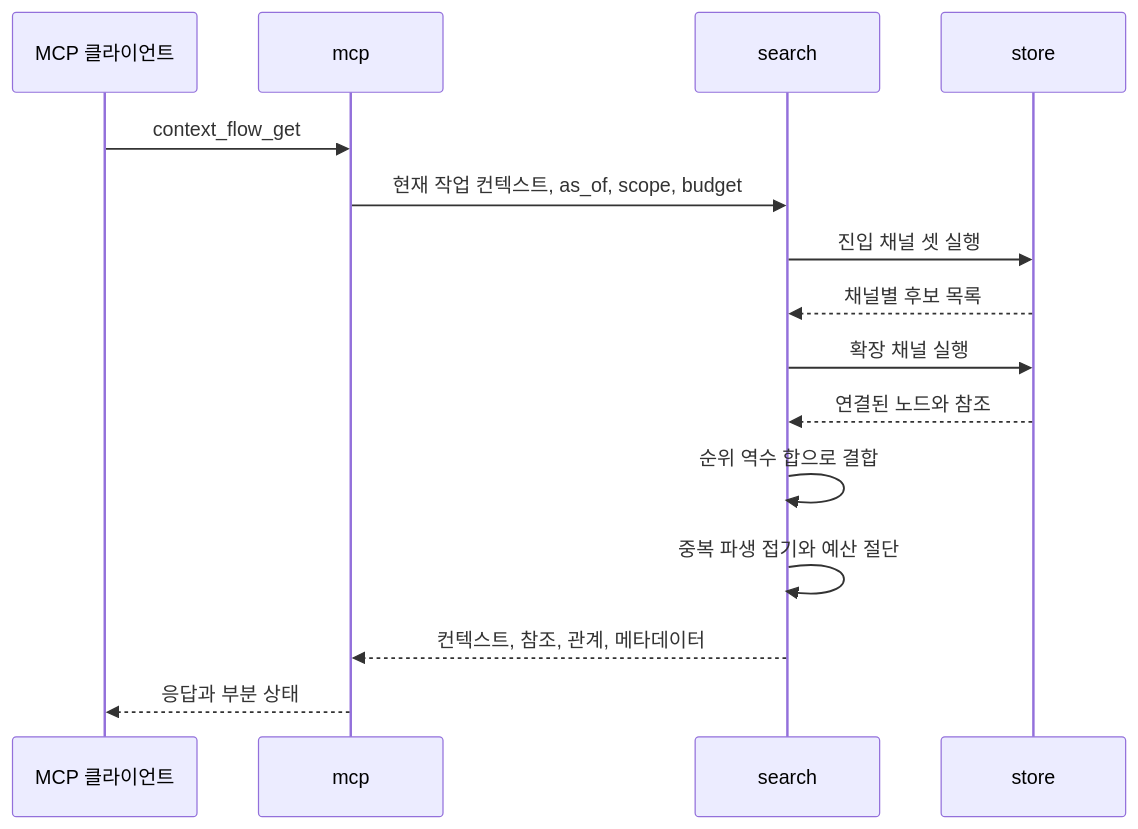
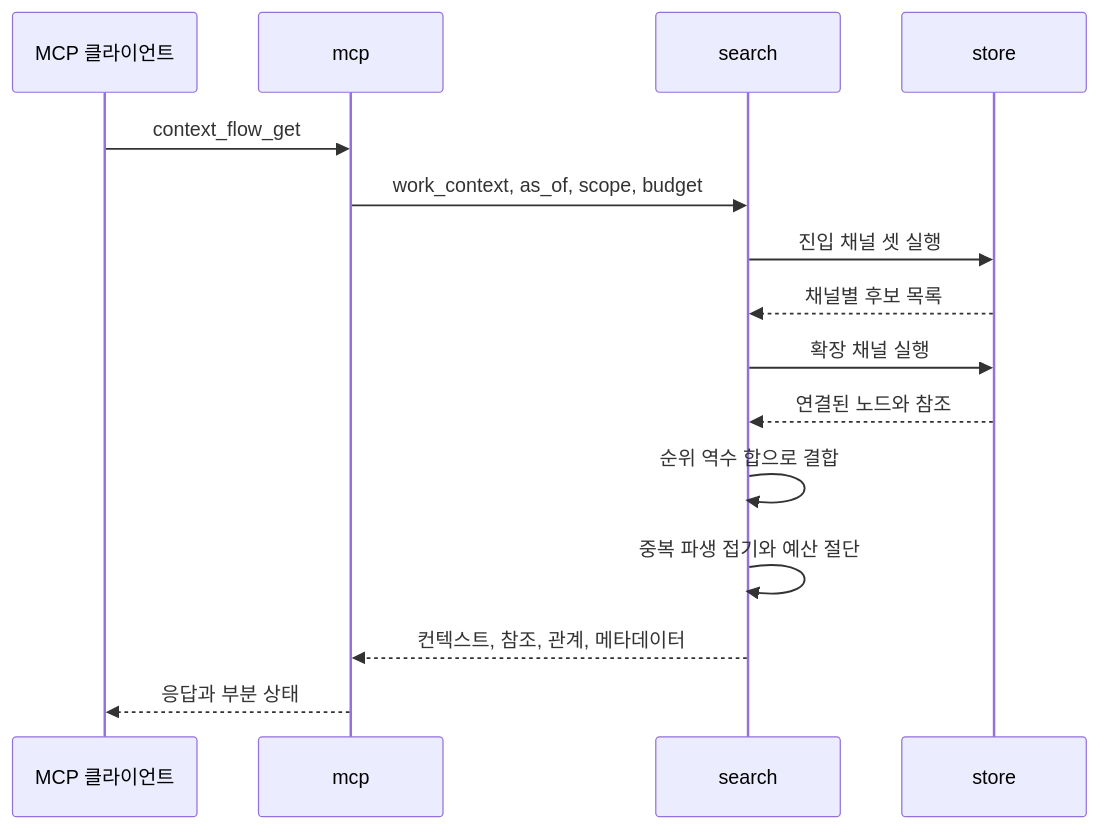
The fifth of 9 diagrams in spec/service/agent-context/SDD.md (Alpha-gone/agent-context-sharing), drawn with Mermaid before and after one commit. The commit also changed other lines of this file and 4 other files, not shown here.

````diff
--- a/spec/service/agent-context/SDD.md
+++ b/spec/service/agent-context/SDD.md
@@ -412,18 +412,18 @@
 ```mermaid
 sequenceDiagram
     participant Client as MCP 클라이언트
     participant Mcp as mcp
     participant Search as search
     participant Store as store
 
     Client->>Mcp: context_flow_get
-    Mcp->>Search: 현재 작업 컨텍스트, as_of, scope, budget
+    Mcp->>Search: work_context, as_of, scope, budget
     Search->>Store: 진입 채널 셋 실행
     Store-->>Search: 채널별 후보 목록
     Search->>Store: 확장 채널 실행
     Store-->>Search: 연결된 노드와 참조
     Search->>Search: 순위 역수 합으로 결합
     Search->>Search: 중복 파생 접기와 예산 절단
     Search-->>Mcp: 컨텍스트, 참조, 관계, 메타데이터
     Mcp-->>Client: 응답과 부분 상태
 ```
````
